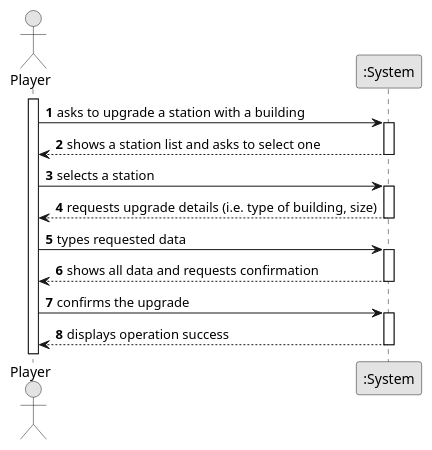
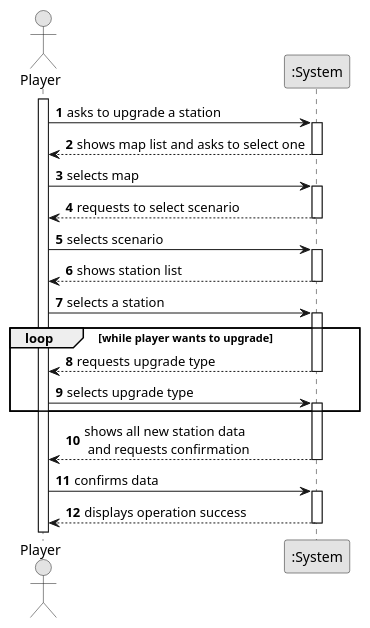
One commit to bruno-monteiro5/sem2-pi-24.25-g132-repo changed the diagram in docs/system-documentation/US006/01.requirements-engineering/puml/US006-SSD.puml. Above: the diagram before and after it, drawn with PlantUML. The commit also changed 1 other file, not shown here.

```diff
--- a/docs/system-documentation/US006/01.requirements-engineering/puml/US006-SSD.puml
+++ b/docs/system-documentation/US006/01.requirements-engineering/puml/US006-SSD.puml
@@ -1,36 +1,50 @@
 @startuml
 skinparam monochrome true
 skinparam packageStyle rectangle
 skinparam shadowing false
 
 autonumber
 
-actor "Player" as Employee
+actor "Player" as Player
 participant ":System" as System
 
-activate Employee
+activate Player
 
-    Employee -> System : asks to upgrade a station with a building
+    Player -> System : asks to upgrade a station
     activate System
 
-        System --> Employee : shows a station list and asks to select one
+        System --> Player : shows map list and asks to select one
     deactivate System
 
-    Employee -> System : selects a station
+        Player -> System : selects map
+        activate System
+
+        System --> Player : requests to select scenario
+    deactivate System
+
+        Player -> System : selects scenario
+        activate System
+
+        System --> Player : shows station list
+    deactivate System
+
+    Player -> System : selects a station
     activate System
 
-        System --> Employee : requests upgrade details (i.e. type of building, size)
+loop while player wants to upgrade
+        System --> Player : requests upgrade type
     deactivate System
 
-    Employee -> System : types requested data
+    Player -> System : selects upgrade type
     activate System
 
-        System --> Employee : shows all data and requests confirmation
+end loop
+        System --> Player : shows all new station data\n and requests confirmation
     deactivate System
 
-    Employee -> System : confirms the upgrade
+    Player -> System : confirms data
     activate System
 
-        System --> Employee : displays operation success
+        System --> Player : displays operation success
     deactivate System
 @enduml
```
